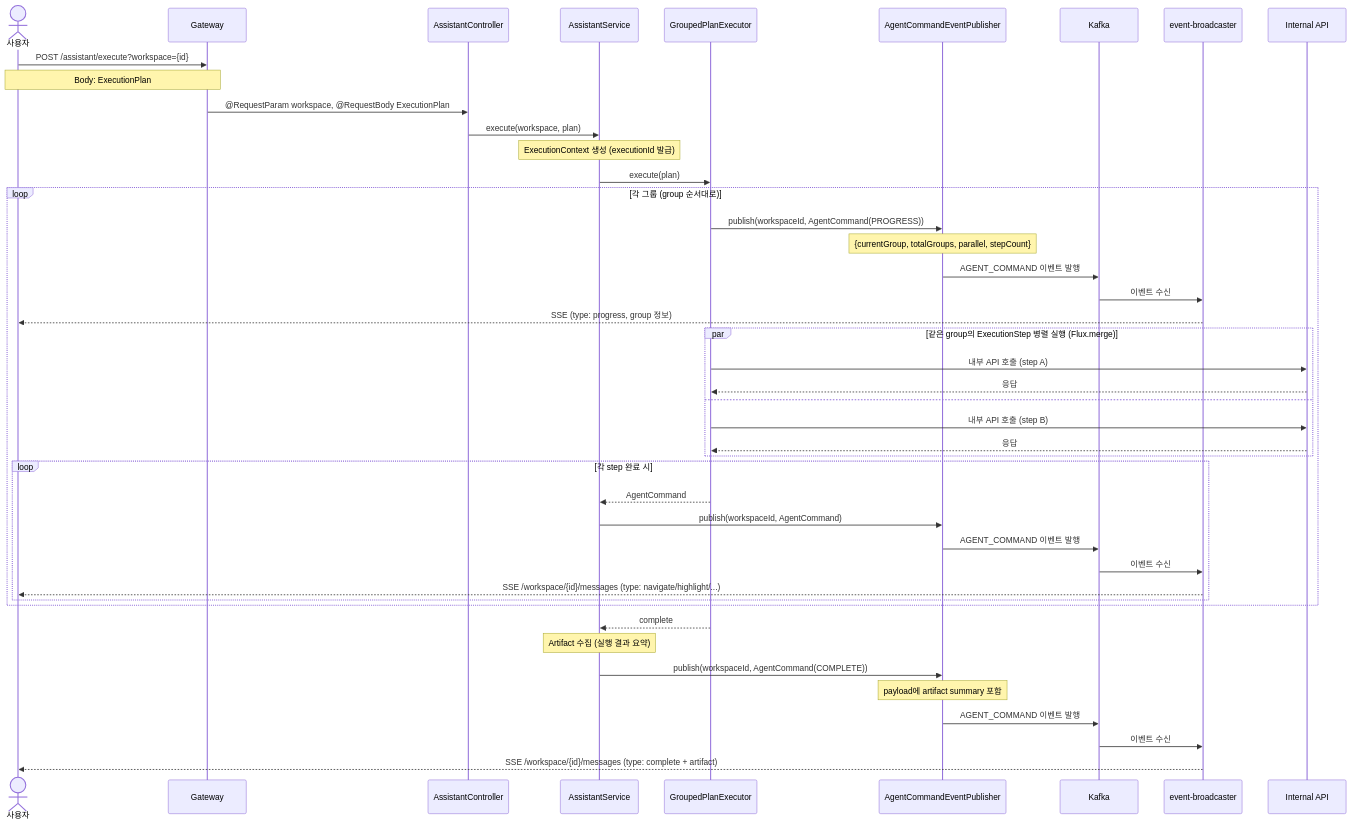
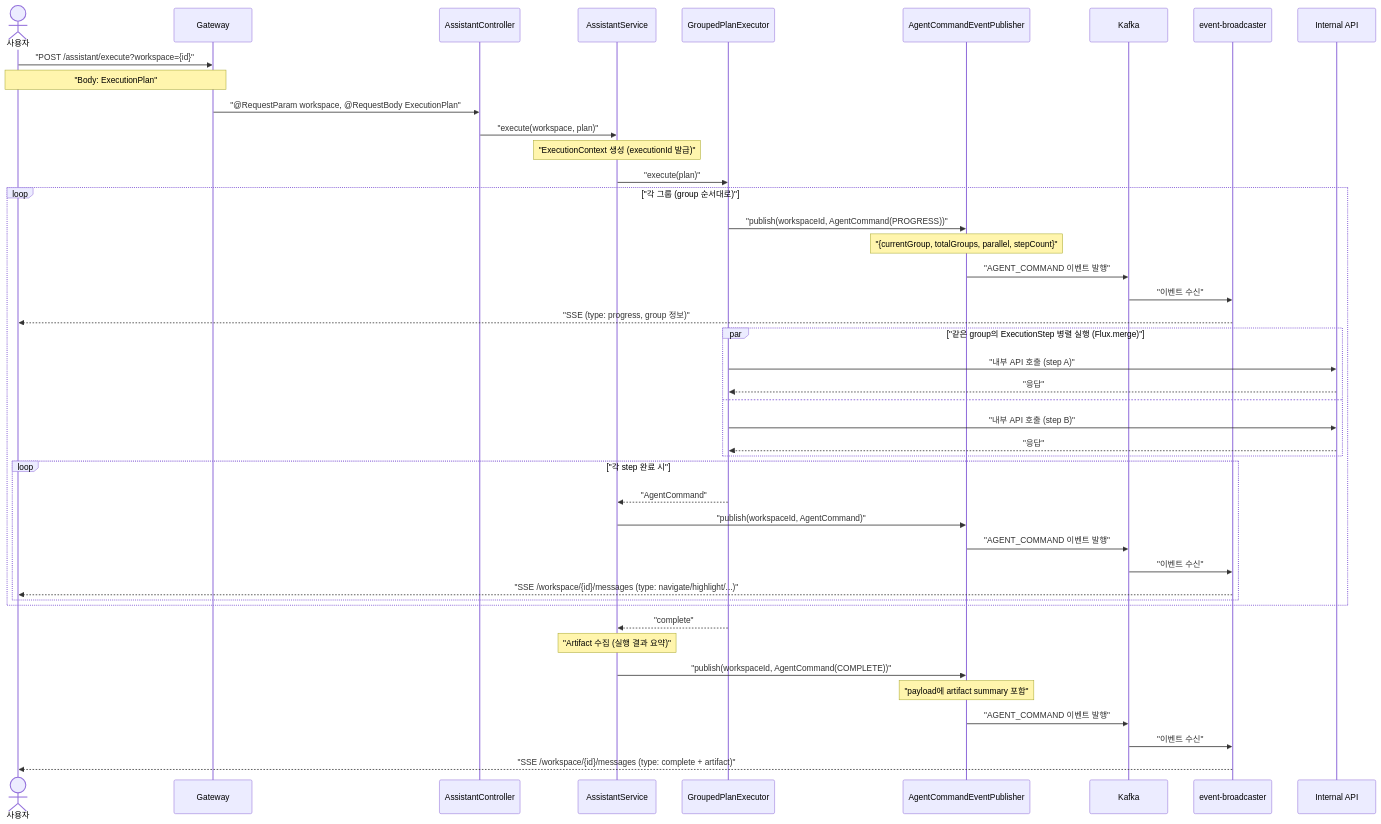
The third of 13 diagrams in assistant/USECASE.md (sayaya1090/handbook), drawn with Mermaid before and after one commit. The commit also changed other lines of this file and 22 other files, not shown here.

First line of the commit message:
docs: Mermaid 다이어그램 렌더링 오류 수정을 위한 구문 전수 교정

````diff
--- a/assistant/USECASE.md
+++ b/assistant/USECASE.md
@@ -63,51 +63,51 @@
 ```mermaid
 sequenceDiagram
     actor User as 사용자
     participant GW as Gateway
     participant Ctrl as AssistantController
     participant Svc as AssistantService
     participant Exec as GroupedPlanExecutor
     participant Pub as AgentCommandEventPublisher
     participant K as Kafka
     participant EB as event-broadcaster
     participant API as Internal API
 
-    User->>GW: POST /assistant/execute?workspace={id}
-    Note over User,GW: Body: ExecutionPlan
-    GW->>Ctrl: @RequestParam workspace, @RequestBody ExecutionPlan
-    Ctrl->>Svc: execute(workspace, plan)
-    Note over Svc: ExecutionContext 생성 (executionId 발급)
-    Svc->>Exec: execute(plan)
+    User->>GW: "POST /assistant/execute?workspace={id}"
+    Note over User,GW: "Body: ExecutionPlan"
+    GW->>Ctrl: "@RequestParam workspace, @RequestBody ExecutionPlan"
+    Ctrl->>Svc: "execute(workspace, plan)"
+    Note over Svc: "ExecutionContext 생성 (executionId 발급)"
+    Svc->>Exec: "execute(plan)"
 
-    loop 각 그룹 (group 순서대로)
-        Exec->>Pub: publish(workspaceId, AgentCommand(PROGRESS))
-        Note over Pub: {currentGroup, totalGroups, parallel, stepCount}
-        Pub->>K: AGENT_COMMAND 이벤트 발행
-        K->>EB: 이벤트 수신
-        EB-->>User: SSE (type: progress, group 정보)
+    loop "각 그룹 (group 순서대로)"
+        Exec->>Pub: "publish(workspaceId, AgentCommand(PROGRESS))"
+        Note over Pub: "{currentGroup, totalGroups, parallel, stepCount}"
+        Pub->>K: "AGENT_COMMAND 이벤트 발행"
+        K->>EB: "이벤트 수신"
+        EB-->>User: "SSE (type: progress, group 정보)"
 
-        par 같은 group의 ExecutionStep 병렬 실행 (Flux.merge)
-            Exec->>API: 내부 API 호출 (step A)
-            API-->>Exec: 응답
+        par "같은 group의 ExecutionStep 병렬 실행 (Flux.merge)"
+            Exec->>API: "내부 API 호출 (step A)"
+            API-->>Exec: "응답"
         and
-            Exec->>API: 내부 API 호출 (step B)
-            API-->>Exec: 응답
+            Exec->>API: "내부 API 호출 (step B)"
+            API-->>Exec: "응답"
         end
 
-        loop 각 step 완료 시
-            Exec-->>Svc: AgentCommand
-            Svc->>Pub: publish(workspaceId, AgentCommand)
-            Pub->>K: AGENT_COMMAND 이벤트 발행
-            K->>EB: 이벤트 수신
-            EB-->>User: SSE /workspace/{id}/messages (type: navigate/highlight/...)
+        loop "각 step 완료 시"
+            Exec-->>Svc: "AgentCommand"
+            Svc->>Pub: "publish(workspaceId, AgentCommand)"
+            Pub->>K: "AGENT_COMMAND 이벤트 발행"
+            K->>EB: "이벤트 수신"
+            EB-->>User: "SSE /workspace/{id}/messages (type: navigate/highlight/...)"
         end
     end
 
-    Exec-->>Svc: complete
-    Note over Svc: Artifact 수집 (실행 결과 요약)
-    Svc->>Pub: publish(workspaceId, AgentCommand(COMPLETE))
-    Note over Pub: payload에 artifact summary 포함
-    Pub->>K: AGENT_COMMAND 이벤트 발행
-    K->>EB: 이벤트 수신
-    EB-->>User: SSE /workspace/{id}/messages (type: complete + artifact)
+    Exec-->>Svc: "complete"
+    Note over Svc: "Artifact 수집 (실행 결과 요약)"
+    Svc->>Pub: "publish(workspaceId, AgentCommand(COMPLETE))"
+    Note over Pub: "payload에 artifact summary 포함"
+    Pub->>K: "AGENT_COMMAND 이벤트 발행"
+    K->>EB: "이벤트 수신"
+    EB-->>User: "SSE /workspace/{id}/messages (type: complete + artifact)"
 ```
````
